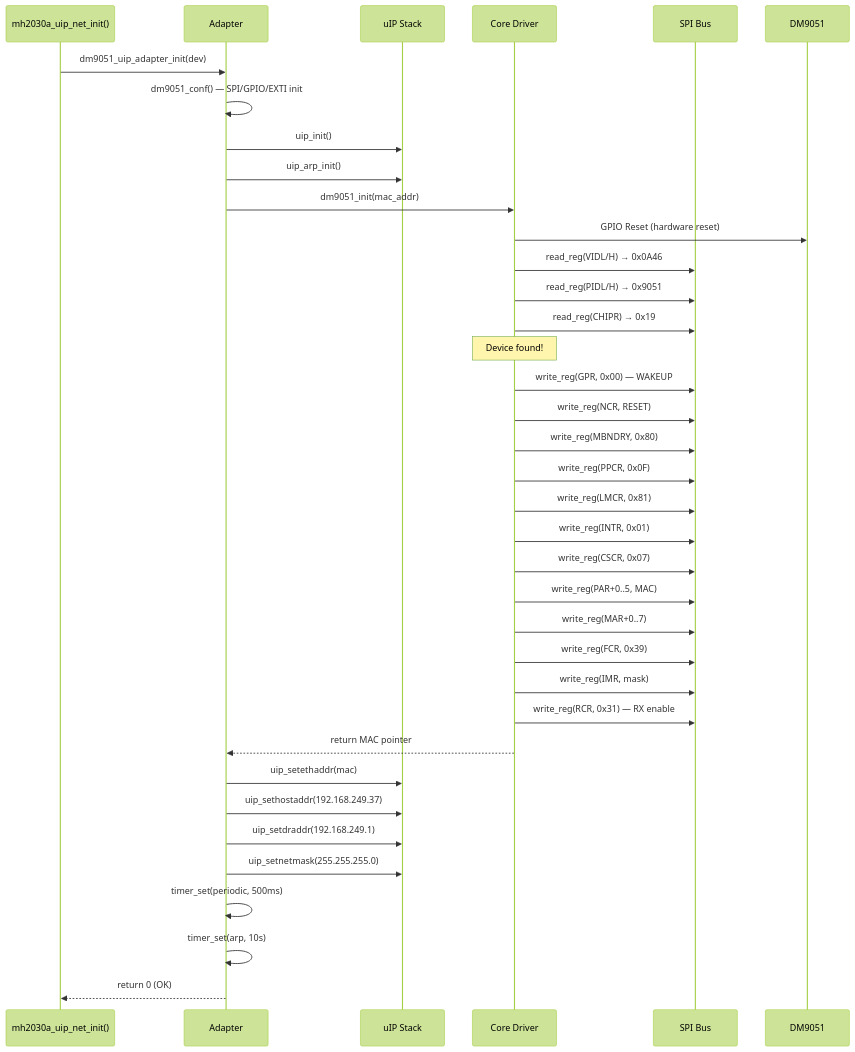
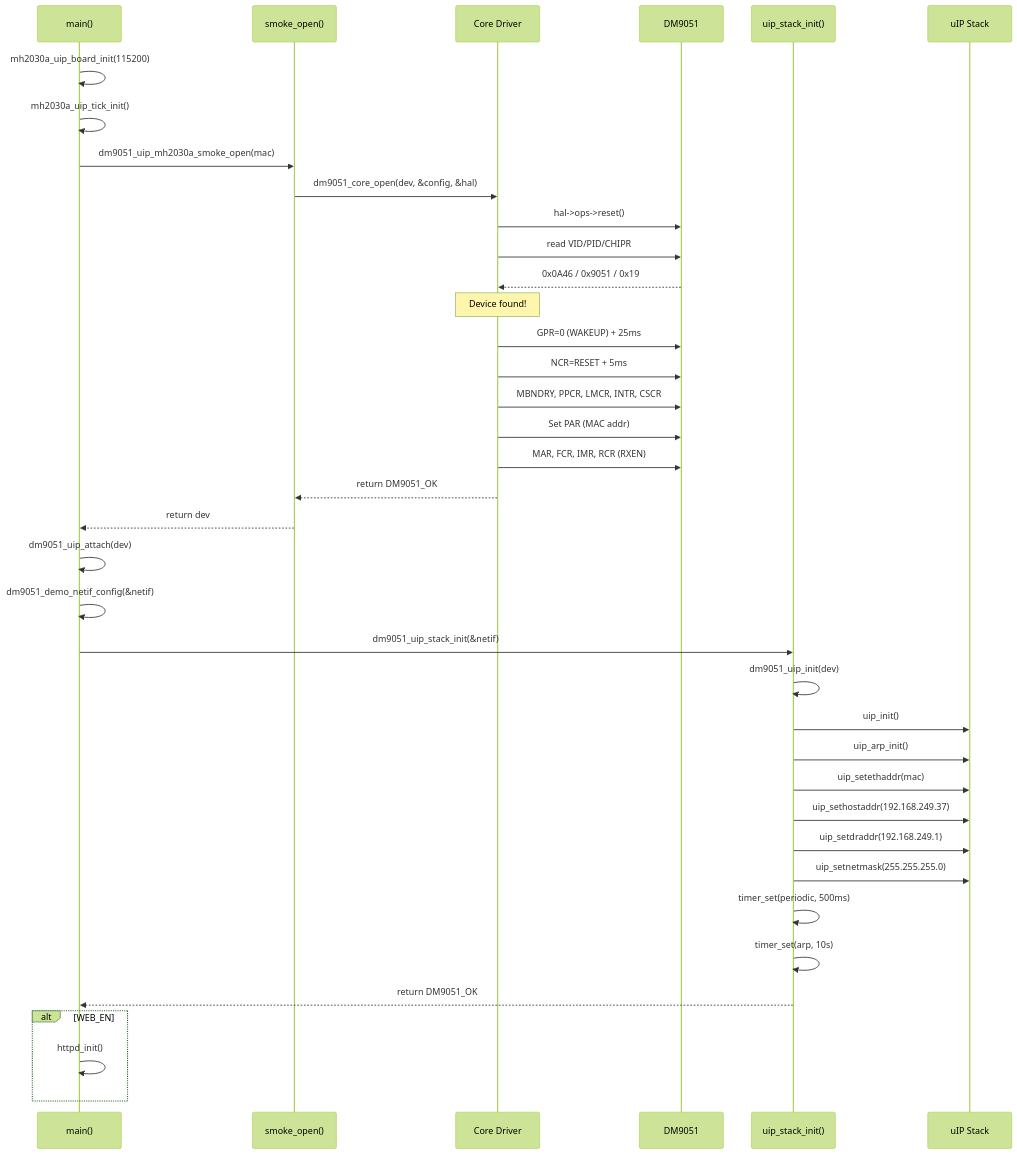
The fourth of 4 diagrams in docs/dm9051_uip_adapter_analysis.md (yicheng55/mh2030_demo), drawn with Mermaid (forest theme) before and after one commit. The commit also changed other lines of this file, not shown here.

````diff
--- a/docs/dm9051_uip_adapter_analysis.md
+++ b/docs/dm9051_uip_adapter_analysis.md
@@ -1175,44 +1150,44 @@
 ```mermaid
 sequenceDiagram
-    participant APP as mh2030a_uip_net_init()
-    participant ADPT as Adapter
+    participant APP as main()
+    participant SMOKE as smoke_open()
+    participant CORE as Core Driver
+    participant DM as DM9051
+    participant ADPT as uip_stack_init()
     participant UIP as uIP Stack
-    participant CORE as Core Driver
-    participant SPI as SPI Bus
-    participant DM as DM9051
 
-    APP->>ADPT: dm9051_uip_adapter_init(dev)
-    ADPT->>ADPT: dm9051_conf() — SPI/GPIO/EXTI init
+    APP->>APP: mh2030a_uip_board_init(115200)
+    APP->>APP: mh2030a_uip_tick_init()
 
+    APP->>SMOKE: dm9051_uip_mh2030a_smoke_open(mac)
+    SMOKE->>CORE: dm9051_core_open(dev, &config, &hal)
+    CORE->>DM: hal->ops->reset()
+    CORE->>DM: read VID/PID/CHIPR
+    DM-->>CORE: 0x0A46 / 0x9051 / 0x19
+    Note over CORE: Device found!
+    CORE->>DM: GPR=0 (WAKEUP) + 25ms
+    CORE->>DM: NCR=RESET + 5ms
+    CORE->>DM: MBNDRY, PPCR, LMCR, INTR, CSCR
+    CORE->>DM: Set PAR (MAC addr)
+    CORE->>DM: MAR, FCR, IMR, RCR (RXEN)
+    CORE-->>SMOKE: return DM9051_OK
+    SMOKE-->>APP: return dev
+
+    APP->>APP: dm9051_uip_attach(dev)
+    APP->>APP: dm9051_demo_netif_config(&netif)
+    APP->>ADPT: dm9051_uip_stack_init(&netif)
+    ADPT->>ADPT: dm9051_uip_init(dev)
     ADPT->>UIP: uip_init()
     ADPT->>UIP: uip_arp_init()
-
-    ADPT->>CORE: dm9051_init(mac_addr)
-    CORE->>DM: GPIO Reset (hardware reset)
-    CORE->>SPI: read_reg(VIDL/H) → 0x0A46
-    CORE->>SPI: read_reg(PIDL/H) → 0x9051
-    CORE->>SPI: read_reg(CHIPR) → 0x19
-    Note over CORE: Device found!
-
-    CORE->>SPI: write_reg(GPR, 0x00) — WAKEUP
-    CORE->>SPI: write_reg(NCR, RESET)
-    CORE->>SPI: write_reg(MBNDRY, 0x80)
-    CORE->>SPI: write_reg(PPCR, 0x0F)
-    CORE->>SPI: write_reg(LMCR, 0x81)
-    CORE->>SPI: write_reg(INTR, 0x01)
-    CORE->>SPI: write_reg(CSCR, 0x07)
-    CORE->>SPI: write_reg(PAR+0..5, MAC)
-    CORE->>SPI: write_reg(MAR+0..7)
-    CORE->>SPI: write_reg(FCR, 0x39)
-    CORE->>SPI: write_reg(IMR, mask)
-    CORE->>SPI: write_reg(RCR, 0x31) — RX enable
-    CORE-->>ADPT: return MAC pointer
-
     ADPT->>UIP: uip_setethaddr(mac)
     ADPT->>UIP: uip_sethostaddr(192.168.249.37)
     ADPT->>UIP: uip_setdraddr(192.168.249.1)
     ADPT->>UIP: uip_setnetmask(255.255.255.0)
     ADPT->>ADPT: timer_set(periodic, 500ms)
     ADPT->>ADPT: timer_set(arp, 10s)
-    ADPT-->>APP: return 0 (OK)
+    ADPT-->>APP: return DM9051_OK
+
+    alt WEB_EN
+        APP->>APP: httpd_init()
+    end
 ```
````
